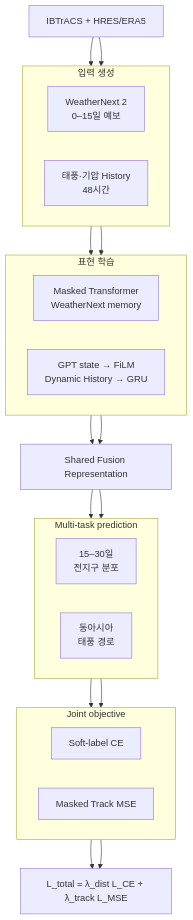
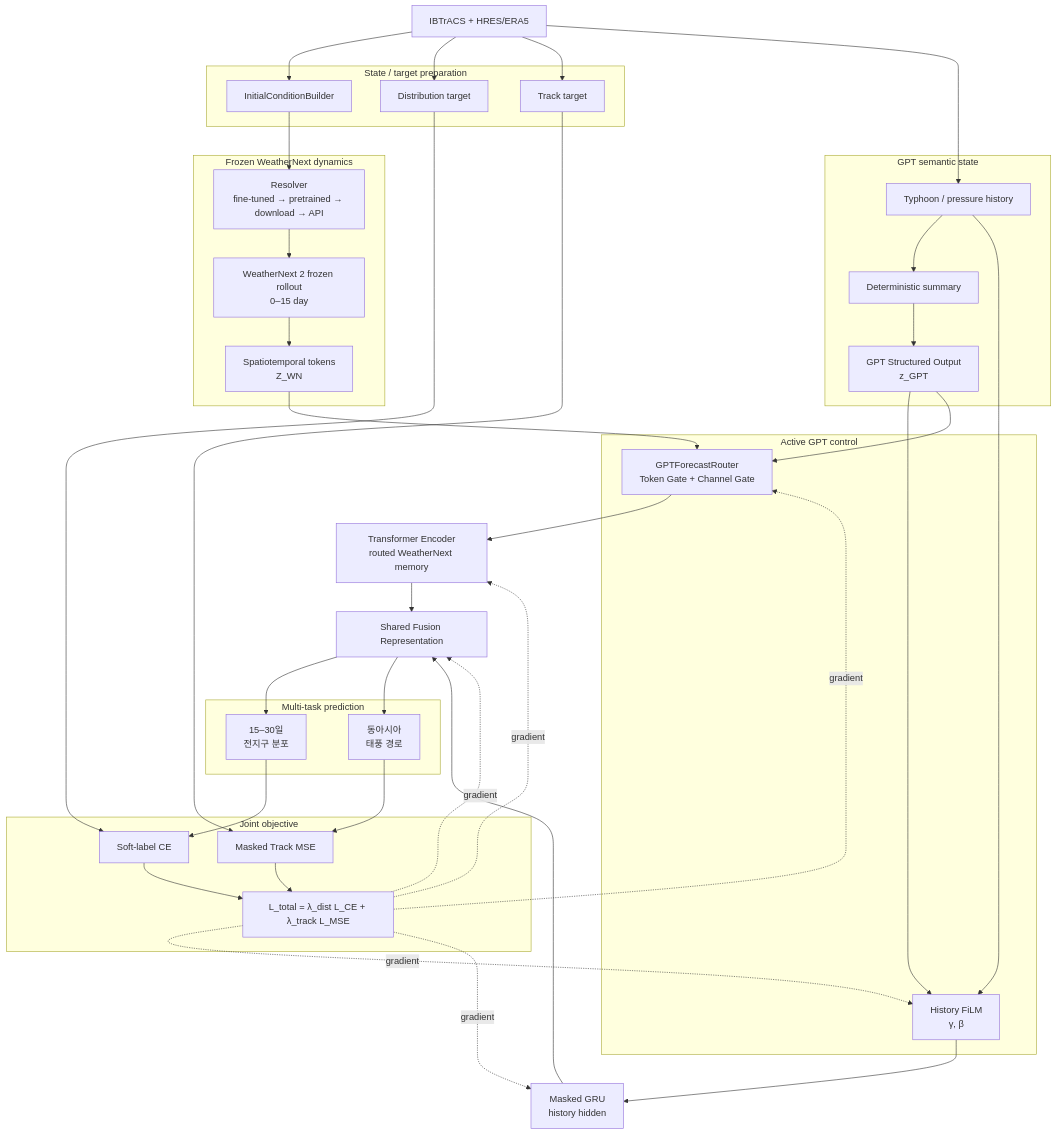
One commit to nayehyeon61-glitch/typnonn_preesure_data_loader changed the diagram in struct-picture/README.md. Above: the diagram before and after it, drawn with Mermaid. The commit also changed other lines of this file, not shown here.

Commit message:
Update diagram index for GPT router architecture

````diff
--- a/struct-picture/README.md
+++ b/struct-picture/README.md
@@ -17,45 +23,81 @@
 ```mermaid
 flowchart TB
     DATA["IBTrACS + HRES/ERA5"]
 
-    subgraph INPUT["입력 생성"]
-        direction LR
-        WN["WeatherNext 2<br/>0–15일 예보"]
-        HIST["태풍·기압 History<br/>48시간"]
+    subgraph PREP["State / target preparation"]
+        INIT["InitialConditionBuilder"]
+        DISTGT["Distribution target"]
+        TRACKGT["Track target"]
     end
 
-    subgraph ENCODER["표현 학습"]
-        direction LR
-        TF["Masked Transformer<br/>WeatherNext memory"]
-        GPT["GPT state → FiLM<br/>Dynamic History → GRU"]
+    DATA --> INIT
+    DATA --> DISTGT
+    DATA --> TRACKGT
+
+    subgraph WNBRANCH["Frozen WeatherNext dynamics"]
+        RES["Resolver<br/>fine-tuned → pretrained → download → API"]
+        WN["WeatherNext 2 frozen rollout<br/>0–15 day"]
+        TOK["Spatiotemporal tokens<br/>Z_WN"]
     end
 
+    INIT --> RES
+    RES --> WN
+    WN --> TOK
+
+    subgraph GPTBRANCH["GPT semantic state"]
+        HIST["Typhoon / pressure history"]
+        SUM["Deterministic summary"]
+        GPT["GPT Structured Output<br/>z_GPT"]
+    end
+
+    DATA --> HIST
+    HIST --> SUM
+    SUM --> GPT
+
+    subgraph ACTIVE["Active GPT control"]
+        FILM["History FiLM<br/>γ, β"]
+        ROUTER["GPTForecastRouter<br/>Token Gate + Channel Gate"]
+    end
+
+    GPT --> FILM
+    GPT --> ROUTER
+    HIST --> FILM
+    TOK --> ROUTER
+
+    GRU["Masked GRU<br/>history hidden"]
+    TF["Transformer Encoder<br/>routed WeatherNext memory"]
+
+    FILM --> GRU
+    ROUTER --> TF
+
     FUSION["Shared Fusion Representation"]
+    GRU --> FUSION
+    TF --> FUSION
 
     subgraph OUTPUT["Multi-task prediction"]
-        direction LR
         DIST["15–30일<br/>전지구 분포"]
         TRACK["동아시아<br/>태풍 경로"]
     end
 
+    FUSION --> DIST
+    FUSION --> TRACK
+
     subgraph LOSS["Joint objective"]
-        direction LR
         CE["Soft-label CE"]
         MSE["Masked Track MSE"]
+        TOTAL["L_total = λ_dist L_CE + λ_track L_MSE"]
     end
 
-    TOTAL["L_total = λ_dist L_CE + λ_track L_MSE"]
-
-    DATA --> WN
-    DATA --> HIST
-    WN --> TF
-    HIST --> GPT
-    TF --> FUSION
-    GPT --> FUSION
-    FUSION --> DIST
-    FUSION --> TRACK
     DIST --> CE
+    DISTGT --> CE
     TRACK --> MSE
+    TRACKGT --> MSE
     CE --> TOTAL
     MSE --> TOTAL
+
+    TOTAL -. "gradient" .-> ROUTER
+    TOTAL -. "gradient" .-> FILM
+    TOTAL -. "gradient" .-> TF
+    TOTAL -. "gradient" .-> GRU
+    TOTAL -. "gradient" .-> FUSION
 ```
````
